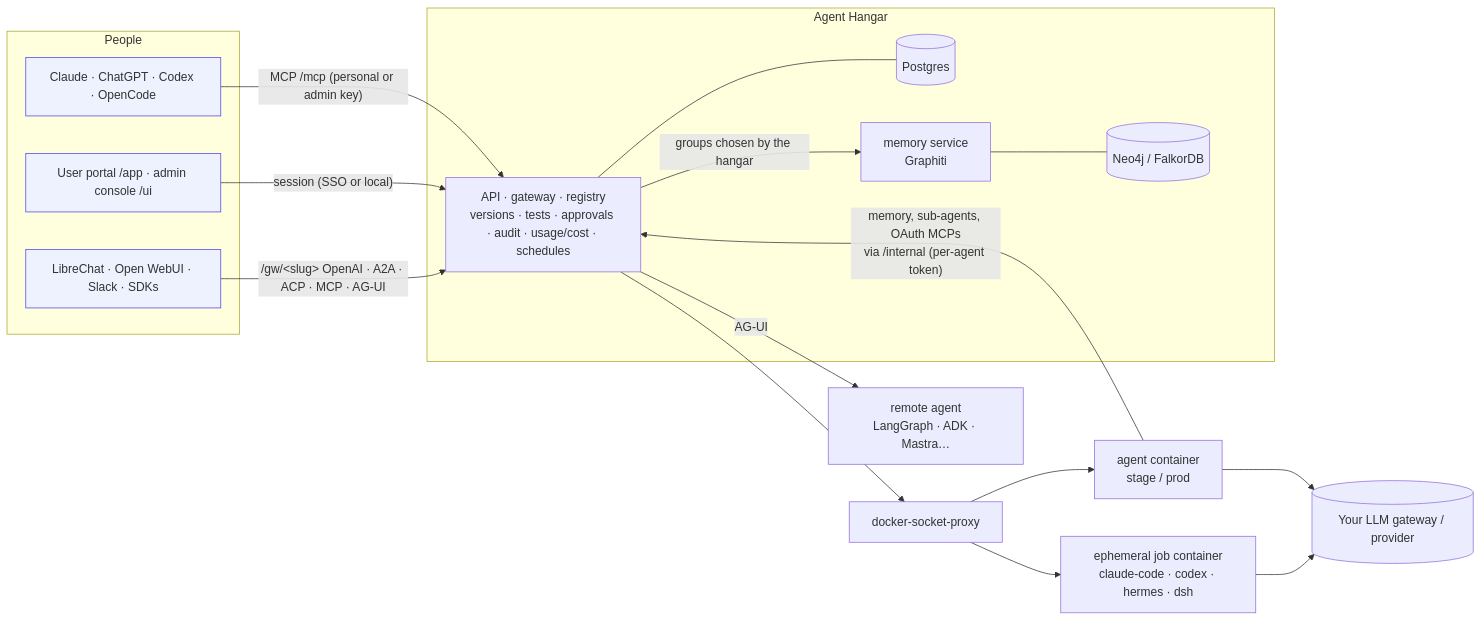
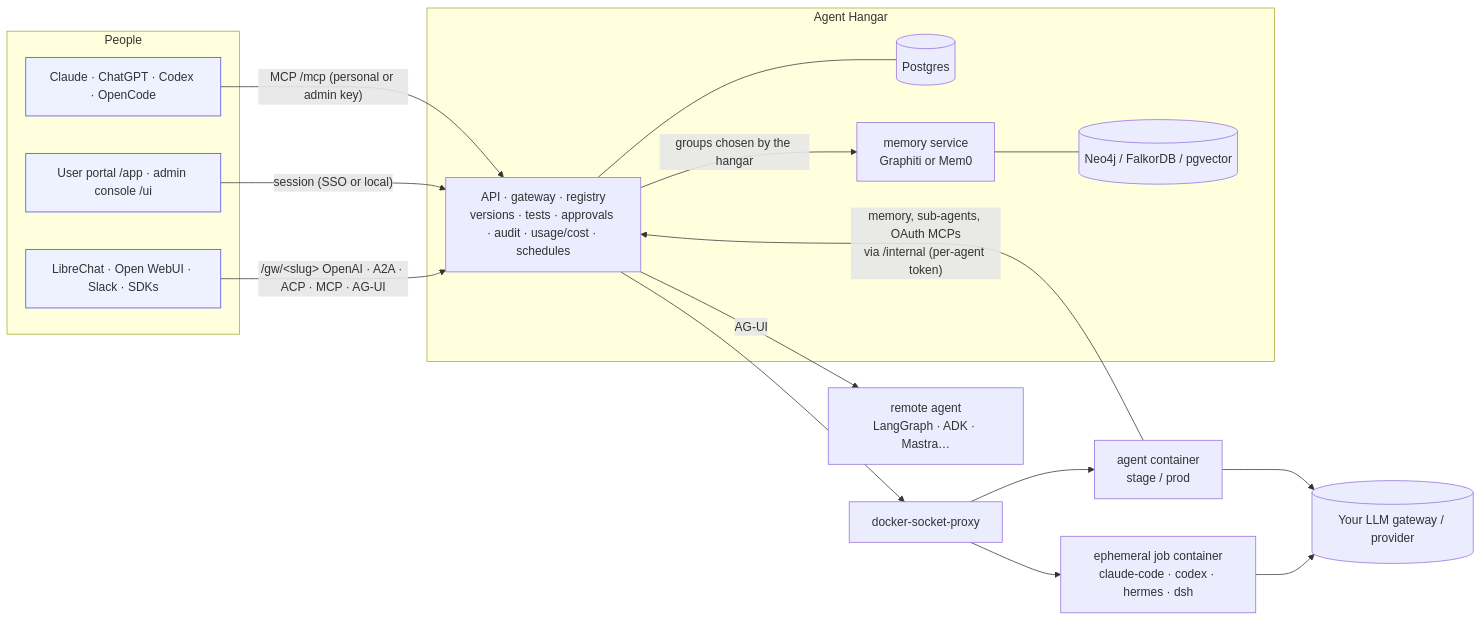
The diagram in README.md (embrace897/agent-hangar), drawn with Mermaid before and after one commit. The commit also changed other lines of this file and 12 other files, not shown here.

````diff
--- a/README.md
+++ b/README.md
@@ -395,26 +411,26 @@
 ```mermaid
 flowchart LR
   subgraph People
     B[Claude · ChatGPT · Codex · OpenCode]:::c
     U[User portal /app · admin console /ui]:::c
     T[LibreChat · Open WebUI · Slack · SDKs]:::c
   end
   B -- "MCP /mcp (personal or admin key)" --> H
   U -- "session (SSO or local)" --> H
   T -- "/gw/&lt;slug&gt; OpenAI · A2A · ACP · MCP · AG-UI" --> H
   subgraph Hangar[Agent Hangar]
     H[API · gateway · registry<br/>versions · tests · approvals · audit · usage/cost · schedules]
     DB[(Postgres)]
-    M[memory service<br/>Graphiti]
-    G[(Neo4j / FalkorDB)]
+    M[memory service<br/>Graphiti or Mem0]
+    G[(Neo4j / FalkorDB / pgvector)]
     H --- DB
     H -- "groups chosen by the hangar" --> M --- G
   end
   H --> P[docker-socket-proxy]
   P --> A1[agent container<br/>stage / prod]
   P --> J[ephemeral job container<br/>claude-code · codex · hermes · dsh]
   A1 -- "memory, sub-agents, OAuth MCPs<br/>via /internal (per-agent token)" --> H
   A1 & J --> L[(Your LLM gateway / provider)]
   H -- "AG-UI" --> R[remote agent<br/>LangGraph · ADK · Mastra…]
   classDef c fill:#eef2ff,stroke:#4f46e5
 ```
````
